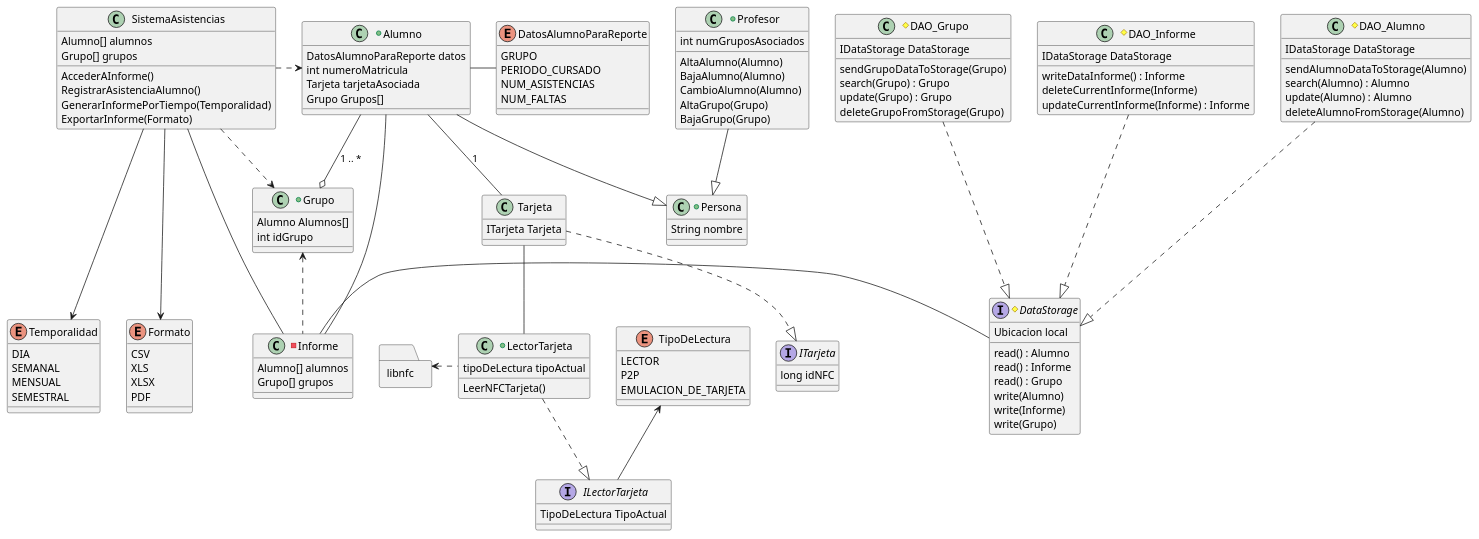
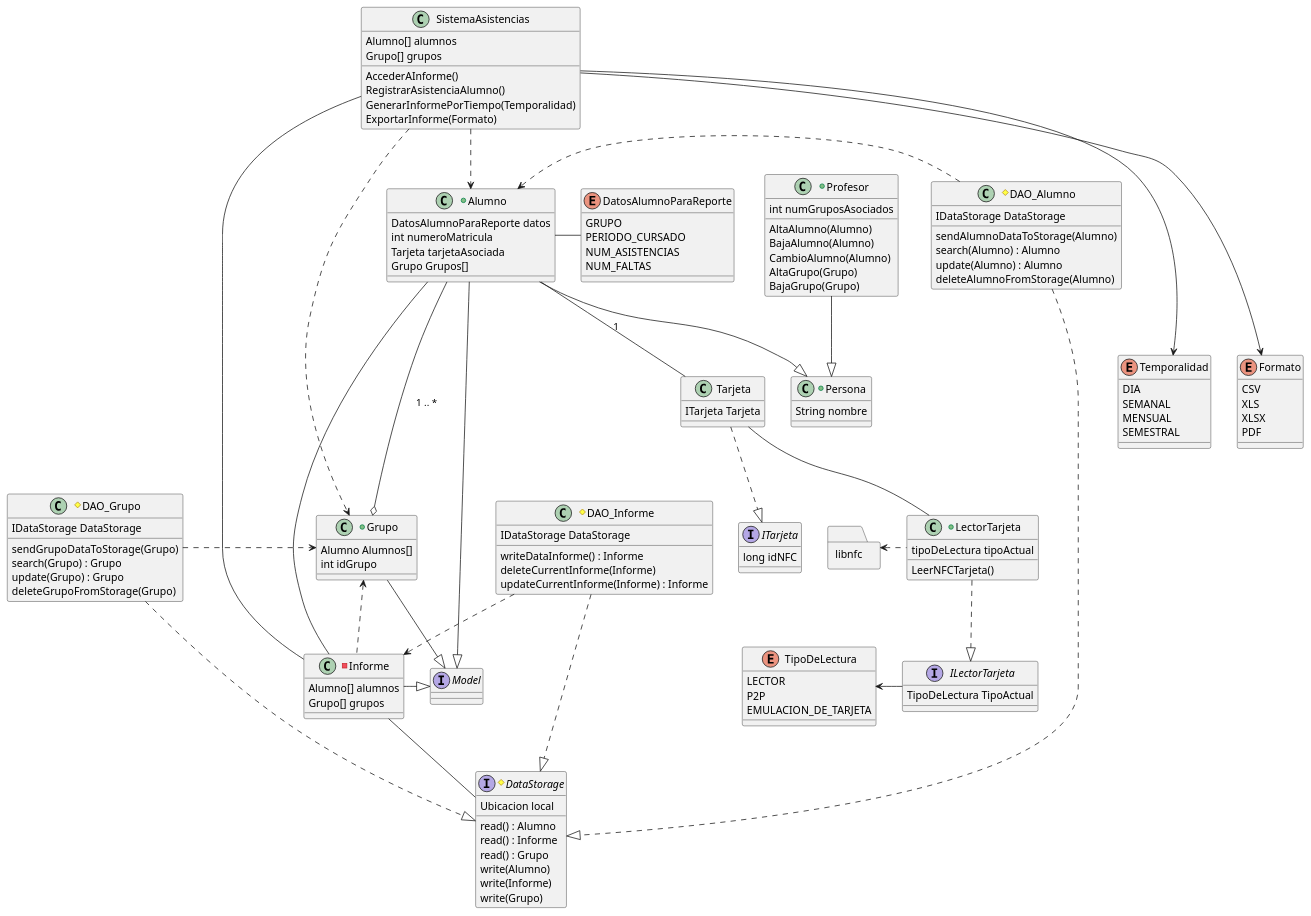
One commit to GirTabAleph/ProyectoSistemas changed the diagram in Diseño/Diseño/3.Diagrama de clases/diagramaClases.puml. Above: the diagram before and after it, drawn with PlantUML.

```diff
--- a/Diseño/Diseño/3.Diagrama de clases/diagramaClases.puml
+++ b/Diseño/Diseño/3.Diagrama de clases/diagramaClases.puml
@@ -1,5 +1,10 @@
 @startuml
 'Este archivo contiene el código necesario para generar el diagrama de clases del sistema.
+
+'Dado que libnfc es una biblioteca ya existente, el paquete es el mejor elemento que se le ajusta.
+'Para efectos prácticos basta con dejar solo el nombre de la biblioteca.
+package libnfc <<folder>>{
+}
 
 'Un módulo para raspberry pi tiene estos tres modos. Los tomaremos como referencia.
 enum TipoDeLectura{
@@ -46,6 +51,8 @@
 
 }
 
+interface Model{
+}
 
 #interface DataStorage{
 Ubicacion local
@@ -60,10 +67,6 @@
 
 }
 
-'Dado que libnfc es una biblioteca ya existente, el paquete es el mejor elemento que se le ajusta.
-'Para efectos prácticos basta con dejar solo el nombre de la biblioteca.
-package libnfc <<folder>>{
-}
 
 class Tarjeta{ 
 
@@ -170,41 +173,48 @@
 }
 
 'Relaciones.
-TipoDeLectura <-- ILectorTarjeta
+libnfc <. LectorTarjeta
 
+Tarjeta -- LectorTarjeta
+
+TipoDeLectura <- ILectorTarjeta
+
+LectorTarjeta ..|> ILectorTarjeta
 Tarjeta ..|> ITarjeta
-LectorTarjeta ..|> ILectorTarjeta
 
+SistemaAsistencias ---> Temporalidad
+SistemaAsistencias ---> Formato
+
+SistemaAsistencias ..> Alumno
+SistemaAsistencias ..> Grupo
+SistemaAsistencias -- Informe
+
+Alumno - DatosAlumnoParaReporte
+Alumno --|> Model
 
 'Para este sistema un alumno solo puede tener una tarjeta a menos que deba hacer el reemplazo.
 Alumno -- Tarjeta: 1
 
-Alumno - DatosAlumnoParaReporte
-
-Tarjeta -- LectorTarjeta
-
-Profesor --|> Persona
-Alumno --|> Persona
-
 'Un cambio en la clase grupo afecta a la clase reporte, por eso es una dependencia.
 Grupo <.. Informe
 
-Alumno --o Grupo: 1 .. *
-
-libnfc <. LectorTarjeta
-
-SistemaAsistencias ---> Temporalidad
-SistemaAsistencias ---> Formato
-
-SistemaAsistencias .> Alumno
-SistemaAsistencias .> Grupo
-SistemaAsistencias -- Informe
+DAO_Alumno .> Alumno
+DAO_Grupo .> Grupo
+Alumno ---o Grupo: 1 .. *
+Grupo -|> Model
+DAO_Informe .> Informe
+Informe -- DataStorage
 
 'Un cambio en DataStorage cambia el funcionamiento de los DAOs. Además deben implementar a IDataStorage
 DAO_Alumno ...|> DataStorage
 DAO_Grupo ...|> DataStorage
 DAO_Informe ...|> DataStorage
 
-Informe - DataStorage
-Informe - Alumno
+Alumno --- Informe
+
+Profesor --|> Persona
+Alumno --|> Persona
+
+Informe -|> Model
+
 @enduml
```
